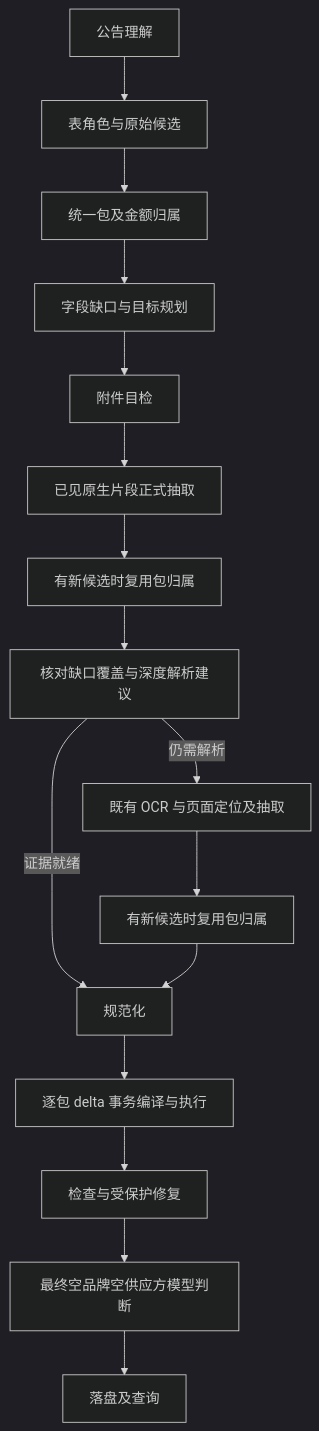
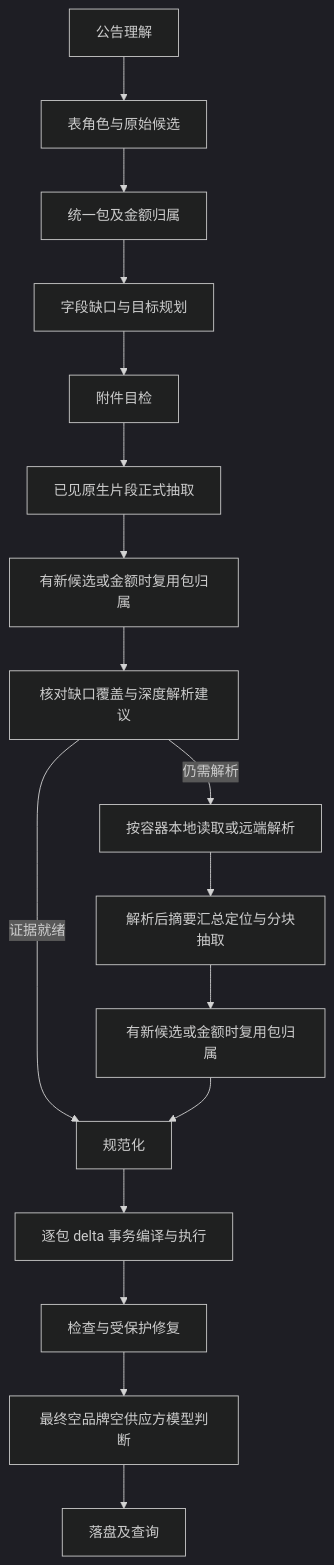
The diagram in eval/主路线实现细则.md (Moon-TsoLan/2026_9_23_ICT), drawn with Mermaid (dark theme) before and after one commit. The commit also changed other lines of this file and 51 other files, not shown here.

````diff
--- a/eval/主路线实现细则.md
+++ b/eval/主路线实现细则.md
@@ -8,18 +10,19 @@
 ```mermaid
 flowchart TD
   H[公告理解] --> T[表角色与原始候选]
   T --> B[统一包及金额归属]
   B --> N[字段缺口与目标规划]
   N --> S[附件目检]
   S --> R[已见原生片段正式抽取]
-  R --> B2[有新候选时复用包归属]
+  R --> B2[有新候选或金额时复用包归属]
   B2 --> C[核对缺口覆盖与深度解析建议]
-  C -->|仍需解析| P[既有 OCR 与页面定位及抽取]
+  C -->|仍需解析| P[按容器本地读取或远端解析]
+  P --> V[解析后摘要汇总定位与分块抽取]
   C -->|证据就绪| M[规范化]
-  P --> B3[有新候选时复用包归属]
+  V --> B3[有新候选或金额时复用包归属]
   B3 --> M
   M --> D[逐包 delta 事务编译与执行]
   D --> K[检查与受保护修复]
   K --> I[最终空品牌空供应方模型判断]
   I --> O[落盘及查询]
 ```
````
